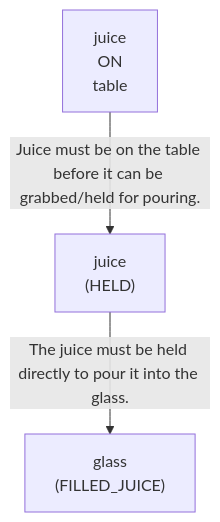
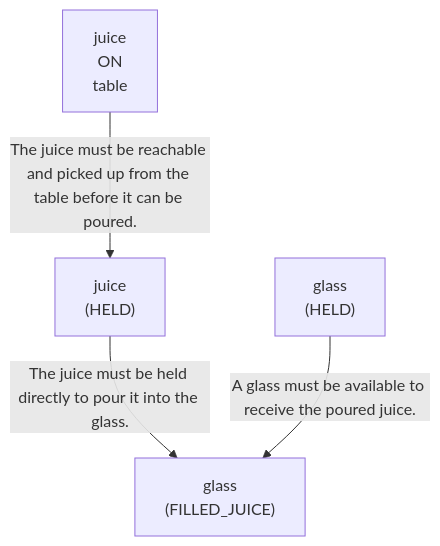
One commit to scuama/virtualhome changed the first of 4 diagrams in evaluation/results/table1/robostate/dynamic/medium/M1_02/run_T1_DYN_M1_02_medium.md. Above: the diagram before and after it, drawn with Mermaid. The commit also changed other lines of this file and 133 other files, not shown here.

````diff
--- a/evaluation/results/table1/robostate/dynamic/medium/M1_02/run_T1_DYN_M1_02_medium.md
+++ b/evaluation/results/table1/robostate/dynamic/medium/M1_02/run_T1_DYN_M1_02_medium.md
@@ -72,8 +72,10 @@
 ```mermaid
 graph TD
-    N1["juice<br>ON<br>table"]
-    N2["juice<br>(HELD)"]
-    N3["glass<br>(FILLED_JUICE)"]
-    N1 -->|"Juice must be on the table before it can be grabbed/held for pouring."| N2
-    N2 -->|"The juice must be held directly to pour it into the glass."| N3
+    N1["juice<br>(HELD)"]
+    N2["juice<br>ON<br>table"]
+    N3["glass<br>(HELD)"]
+    N4["glass<br>(FILLED_JUICE)"]
+    N2 -->|"The juice must be reachable and picked up from the table before it can be poured."| N1
+    N1 -->|"The juice must be held directly to pour it into the glass."| N4
+    N3 -->|"A glass must be available to receive the poured juice."| N4
 ```
````
